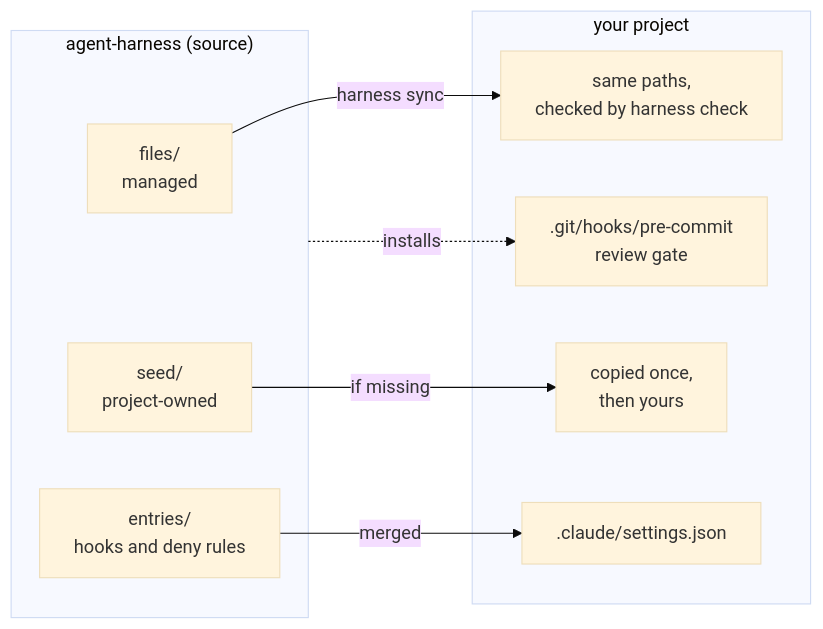
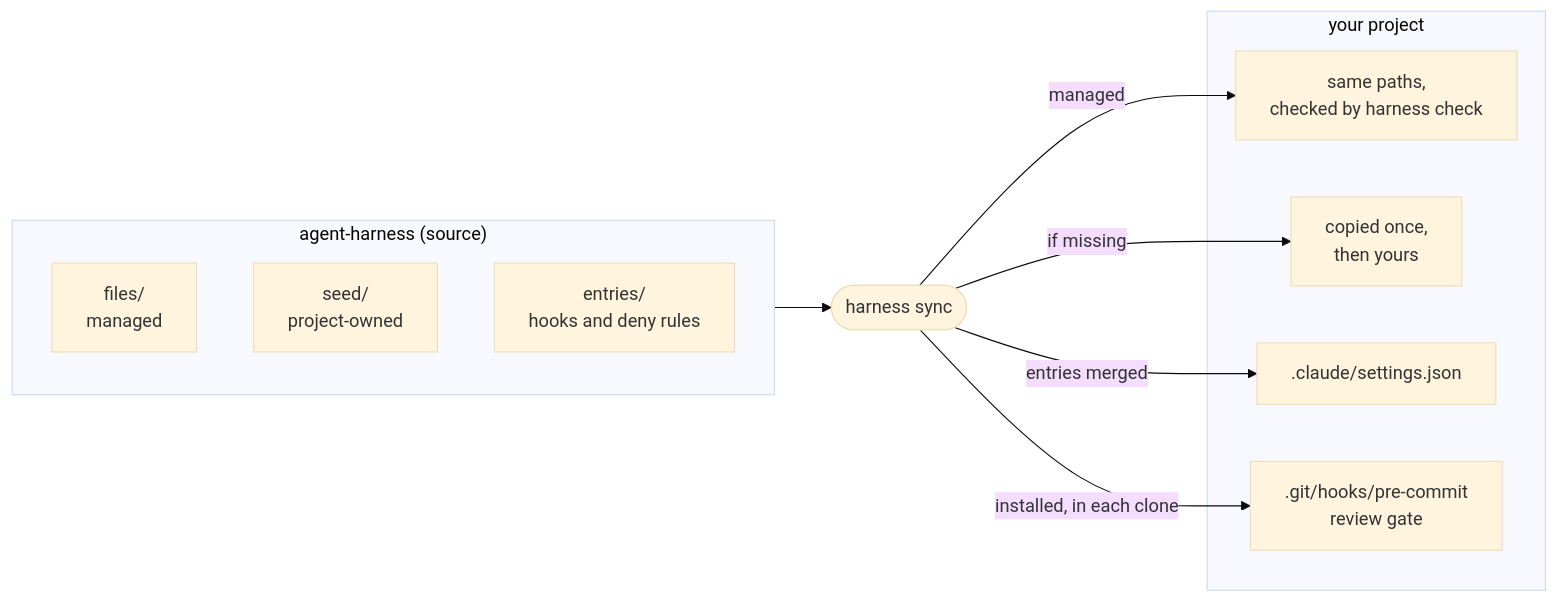
The first of 2 diagrams in README.md (Electron-libre/agent-harness), drawn with Mermaid (base theme) before and after one commit. The commit also changed other lines of this file and 4 other files, not shown here.

First line of the commit message:
docs: settle the review of the README and the diagrams

````diff
--- a/README.md
+++ b/README.md
@@ -17,18 +17,20 @@
 ```mermaid
 flowchart LR
   subgraph source["agent-harness (source)"]
     files["files/<br/>managed"]
     seed["seed/<br/>project-owned"]
     entries["entries/<br/>hooks and deny rules"]
   end
+  sync(["harness sync"])
   subgraph project["your project"]
     copies["same paths,<br/>checked by harness check"]
     owned["copied once,<br/>then yours"]
     settings[".claude/settings.json"]
     gate[".git/hooks/pre-commit<br/>review gate"]
   end
-  files -->|harness sync| copies
-  seed -->|if missing| owned
-  entries -->|merged| settings
-  source -.->|installs| gate
+  source --> sync
+  sync -->|managed| copies
+  sync -->|if missing| owned
+  sync -->|entries merged| settings
+  sync -->|"installed, in each clone"| gate
 ```
````
